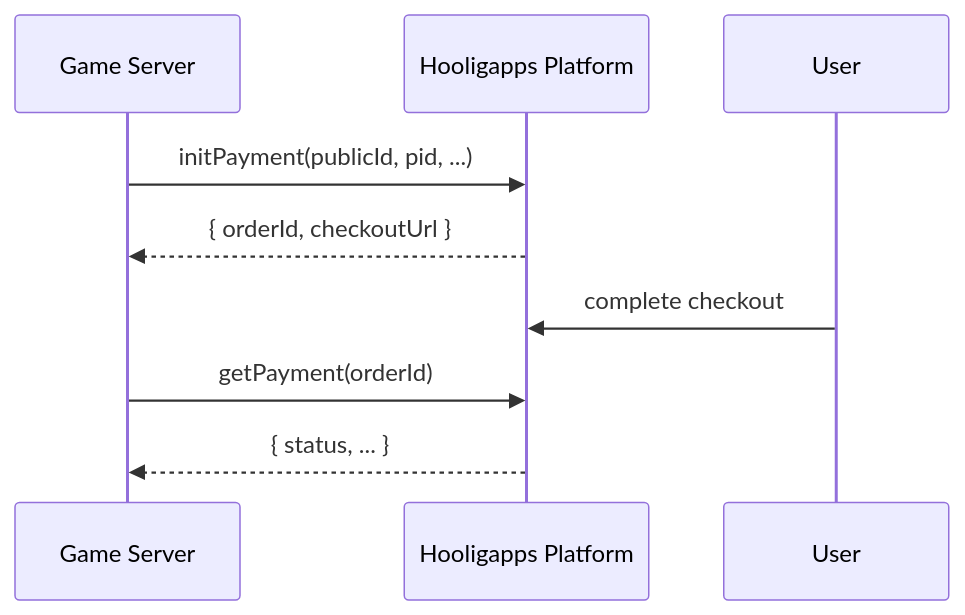
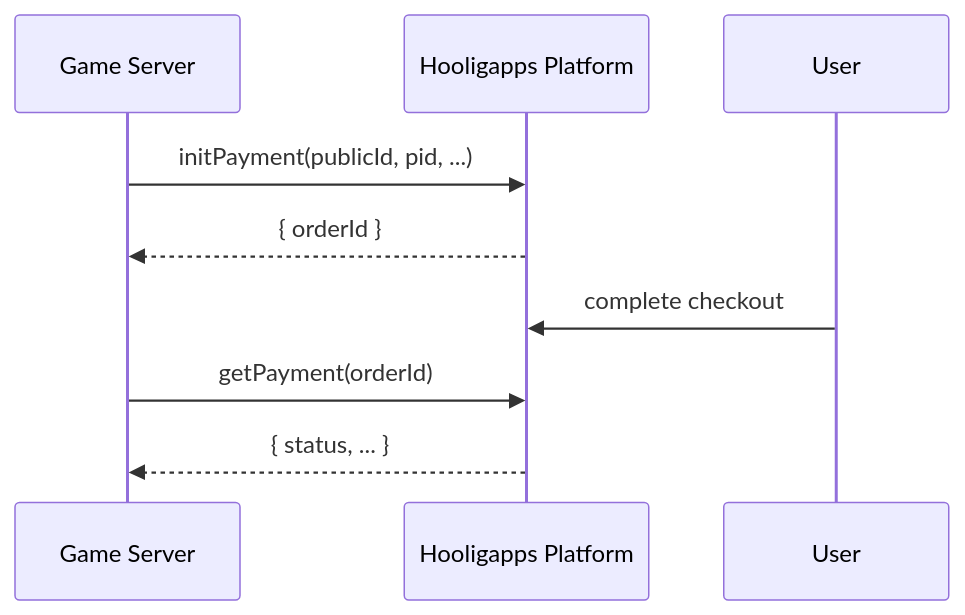
One commit to hooligapps/happs-nodejs changed the second of 2 diagrams in README.md. Above: the diagram before and after it, drawn with Mermaid. The commit also changed other lines of this file and 3 other files, not shown here.

````diff
--- a/README.md
+++ b/README.md
@@ -65,12 +64,12 @@
 ```mermaid
 sequenceDiagram
     participant GS as Game Server
     participant HP as Hooligapps Platform
     participant U as User
 
     GS->>HP: initPayment(publicId, pid, ...)
-    HP-->>GS: { orderId, checkoutUrl }
+    HP-->>GS: { orderId }
     U->>HP: complete checkout
     GS->>HP: getPayment(orderId)
     HP-->>GS: { status, ... }
 ```
````
